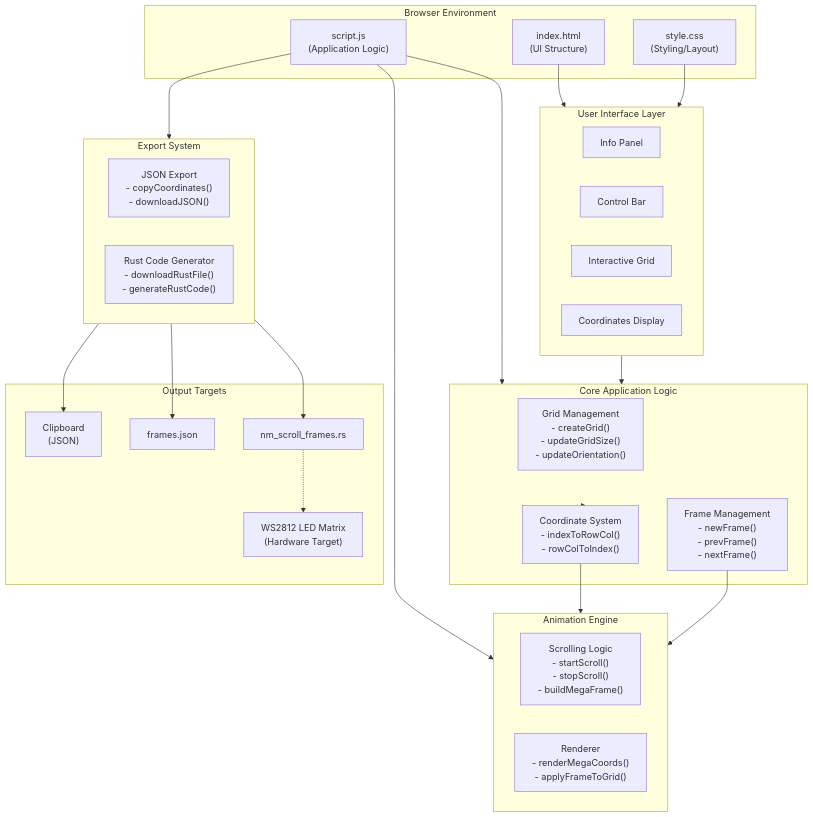
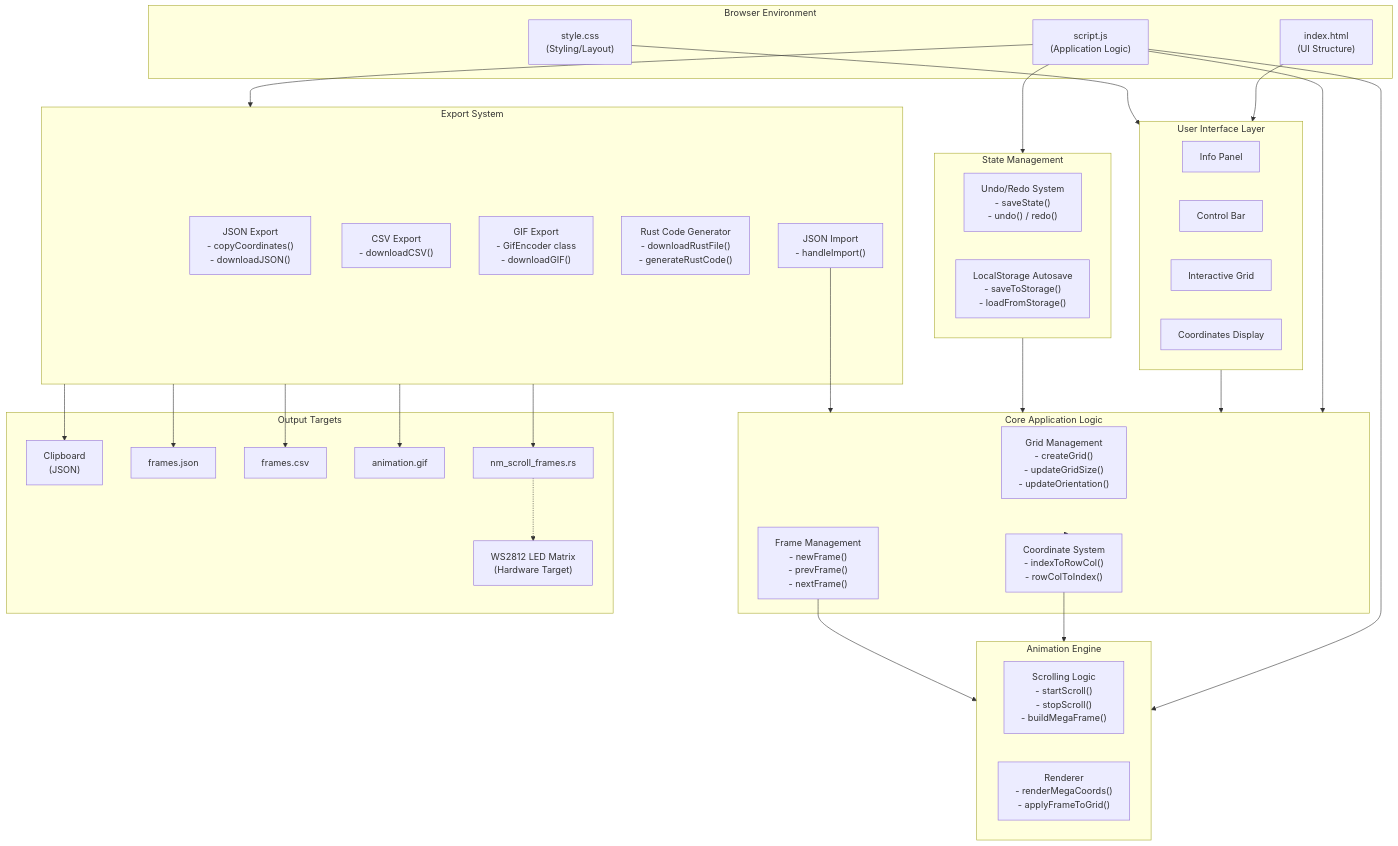
One commit to Technical-1/NeoMatrix-FrameCreator changed the diagram in .portfolio/architecture.md. Above: the diagram before and after it, drawn with Mermaid. The commit also changed other lines of this file and 4 other files, not shown here.

````diff
--- a/.portfolio/architecture.md
+++ b/.portfolio/architecture.md
@@ -5,54 +5,69 @@
 ```mermaid
 flowchart TB
     subgraph Browser["Browser Environment"]
         HTML["index.html<br/>(UI Structure)"]
         CSS["style.css<br/>(Styling/Layout)"]
         JS["script.js<br/>(Application Logic)"]
     end
 
     subgraph UserInterface["User Interface Layer"]
         InfoPanel["Info Panel"]
         Controls["Control Bar"]
         Grid["Interactive Grid"]
         Display["Coordinates Display"]
     end
 
     subgraph CoreLogic["Core Application Logic"]
         GridManager["Grid Management<br/>- createGrid()<br/>- updateGridSize()<br/>- updateOrientation()"]
         FrameManager["Frame Management<br/>- newFrame()<br/>- prevFrame()<br/>- nextFrame()"]
         CoordSystem["Coordinate System<br/>- indexToRowCol()<br/>- rowColToIndex()"]
     end
 
     subgraph Animation["Animation Engine"]
         ScrollEngine["Scrolling Logic<br/>- startScroll()<br/>- stopScroll()<br/>- buildMegaFrame()"]
         Renderer["Renderer<br/>- renderMegaCoords()<br/>- applyFrameToGrid()"]
     end
 
+    subgraph StateManagement["State Management"]
+        UndoRedo["Undo/Redo System<br/>- saveState()<br/>- undo() / redo()"]
+        Autosave["LocalStorage Autosave<br/>- saveToStorage()<br/>- loadFromStorage()"]
+    end
+
     subgraph Export["Export System"]
         JSONExport["JSON Export<br/>- copyCoordinates()<br/>- downloadJSON()"]
+        CSVExport["CSV Export<br/>- downloadCSV()"]
+        GIFExport["GIF Export<br/>- GifEncoder class<br/>- downloadGIF()"]
         RustExport["Rust Code Generator<br/>- downloadRustFile()<br/>- generateRustCode()"]
+        ImportSystem["JSON Import<br/>- handleImport()"]
     end
 
     subgraph Output["Output Targets"]
         Clipboard["Clipboard<br/>(JSON)"]
         JSONFile["frames.json"]
+        CSVFile["frames.csv"]
+        GIFFile["animation.gif"]
         RustFile["nm_scroll_frames.rs"]
         LEDMatrix["WS2812 LED Matrix<br/>(Hardware Target)"]
     end
 
     HTML --> UserInterface
     CSS --> UserInterface
     JS --> CoreLogic
     JS --> Animation
     JS --> Export
+    JS --> StateManagement
 
     UserInterface --> CoreLogic
     CoreLogic --> CoordSystem
     CoordSystem --> Animation
     FrameManager --> Animation
+    StateManagement --> CoreLogic
 
+    ImportSystem --> CoreLogic
     Export --> Clipboard
     Export --> JSONFile
+    Export --> CSVFile
+    Export --> GIFFile
     Export --> RustFile
     RustFile -.-> LEDMatrix
 ```
````
